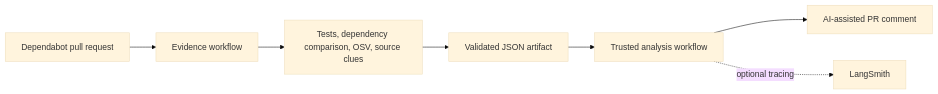
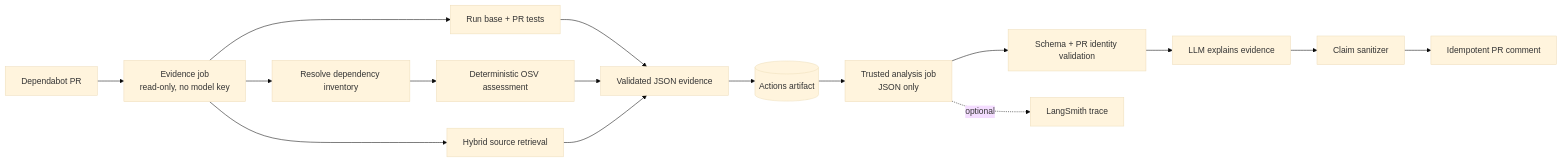
The diagram in README.md (zakiansari07-art/OSV-Patchpilot), drawn with Mermaid (base theme) before and after one commit. The commit also changed other lines of this file and 6 other files, not shown here.

````diff
--- a/README.md
+++ b/README.md
@@ -43,9 +45,18 @@
 ```mermaid
 flowchart LR
-  A[Dependabot pull request] --> B[Evidence workflow]
-  B --> C[Tests, dependency comparison, OSV, source clues]
-  C --> D[Validated JSON artifact]
-  D --> E[Trusted analysis workflow]
-  E --> F[AI-assisted PR comment]
-  E -. optional tracing .-> G[LangSmith]
+  PR[Dependabot PR] --> EV[Evidence job<br/>read-only, no model key]
+  EV --> T[Run base + PR tests]
+  EV --> D[Resolve dependency inventory]
+  D --> O[Deterministic OSV assessment]
+  EV --> R[Hybrid source retrieval]
+  T --> J[Validated JSON evidence]
+  O --> J
+  R --> J
+  J --> A[(Actions artifact)]
+  A --> TV[Trusted analysis job<br/>JSON only]
+  TV --> V[Schema + PR identity validation]
+  V --> L[LLM explains evidence]
+  L --> S[Claim sanitizer]
+  S --> C[Idempotent PR comment]
+  TV -. optional .-> LS[LangSmith trace]
 ```
````
